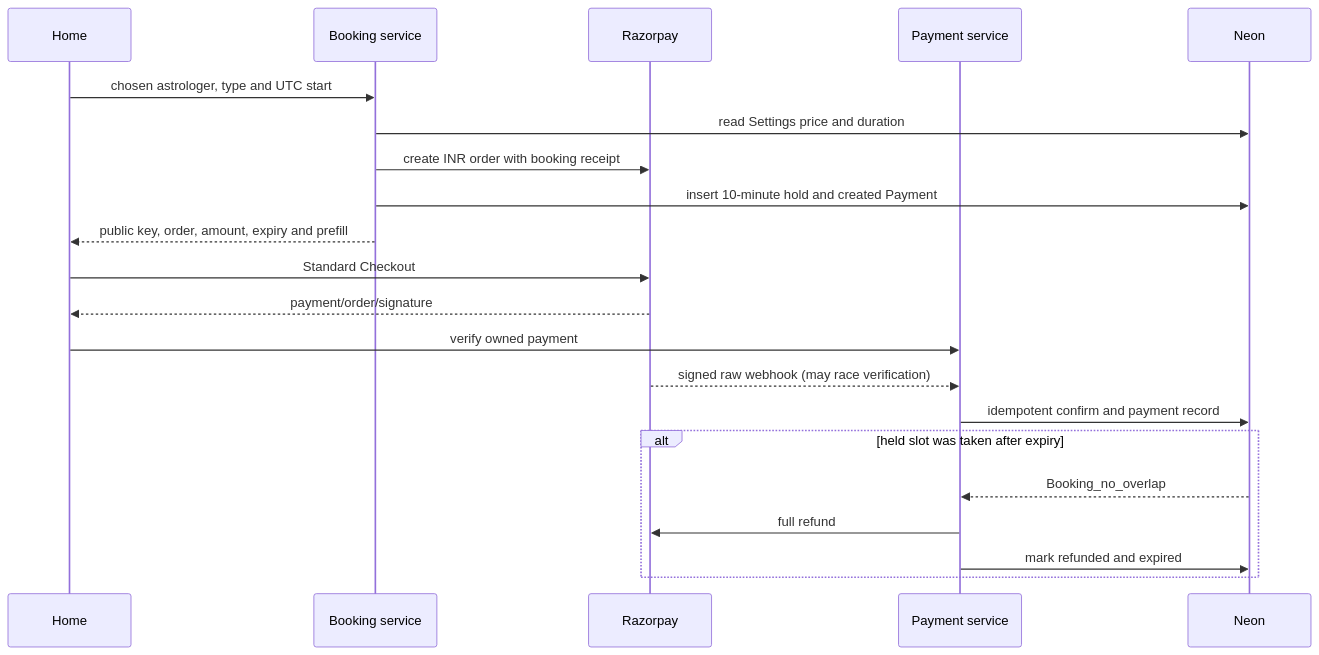
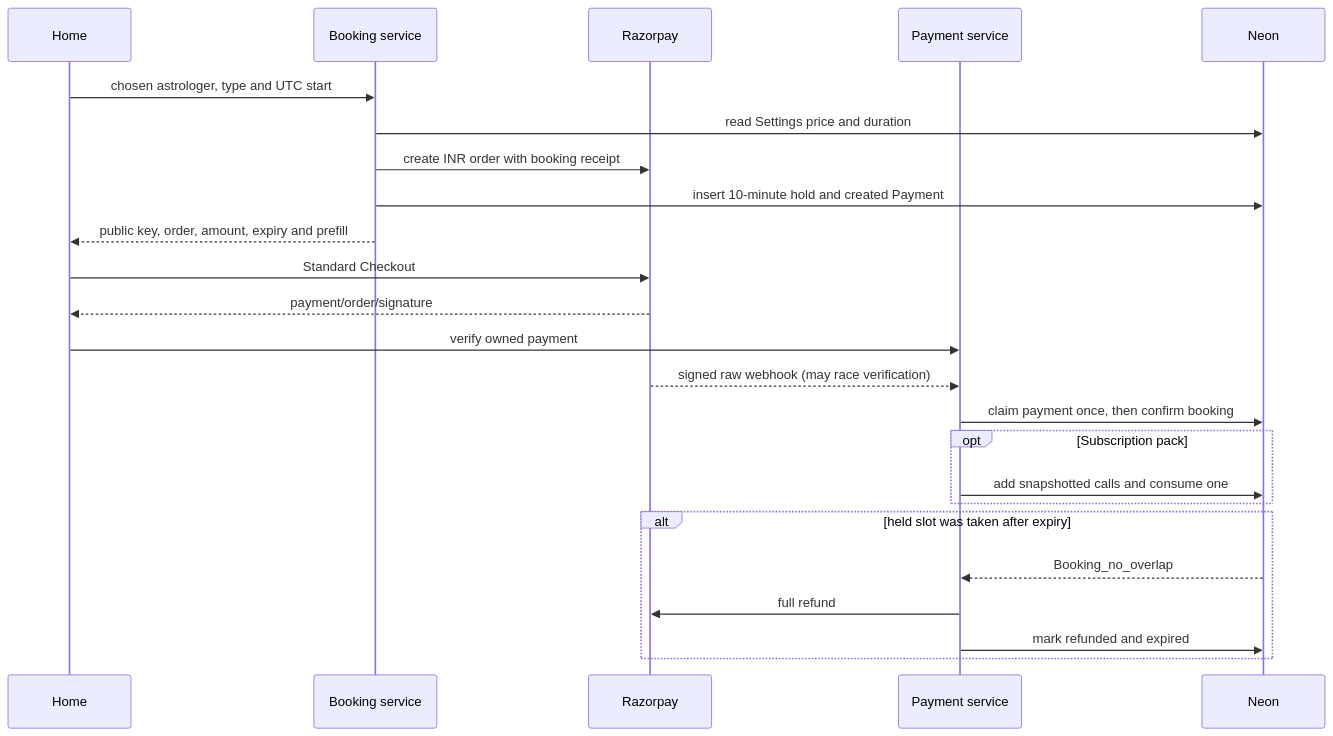
One commit to Yash1927/AstroWeb-App changed the fourth of 8 diagrams in docs/ARCHITECTURE.md. Above: the diagram before and after it, drawn with Mermaid. The commit also changed other lines of this file and 41 other files, not shown here.

````diff
--- a/docs/ARCHITECTURE.md
+++ b/docs/ARCHITECTURE.md
@@ -268,24 +268,27 @@
 ```mermaid
 sequenceDiagram
     participant Home
     participant Booking as Booking service
     participant Razorpay
     participant Payment as Payment service
     participant Neon
 
     Home->>Booking: chosen astrologer, type and UTC start
     Booking->>Neon: read Settings price and duration
     Booking->>Razorpay: create INR order with booking receipt
     Booking->>Neon: insert 10-minute hold and created Payment
     Booking-->>Home: public key, order, amount, expiry and prefill
     Home->>Razorpay: Standard Checkout
     Razorpay-->>Home: payment/order/signature
     Home->>Payment: verify owned payment
     Razorpay-->>Payment: signed raw webhook (may race verification)
-    Payment->>Neon: idempotent confirm and payment record
+    Payment->>Neon: claim payment once, then confirm booking
+    opt Subscription pack
+        Payment->>Neon: add snapshotted calls and consume one
+    end
     alt held slot was taken after expiry
         Neon-->>Payment: Booking_no_overlap
         Payment->>Razorpay: full refund
         Payment->>Neon: mark refunded and expired
     end
 ```
````
